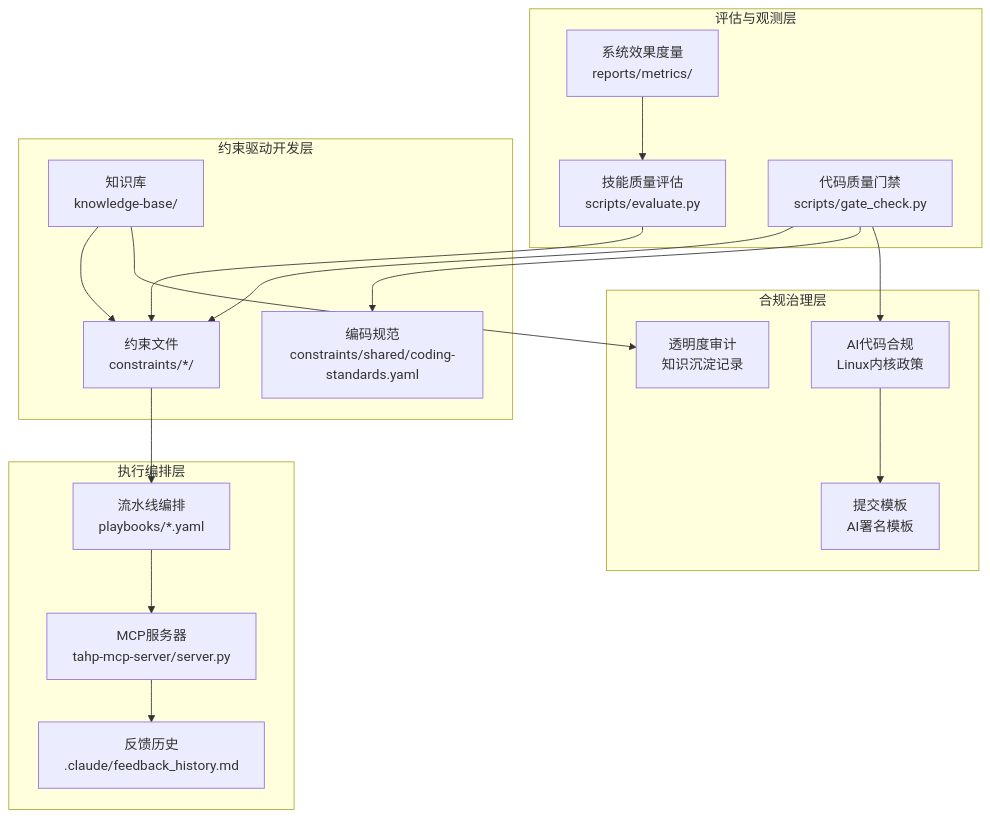
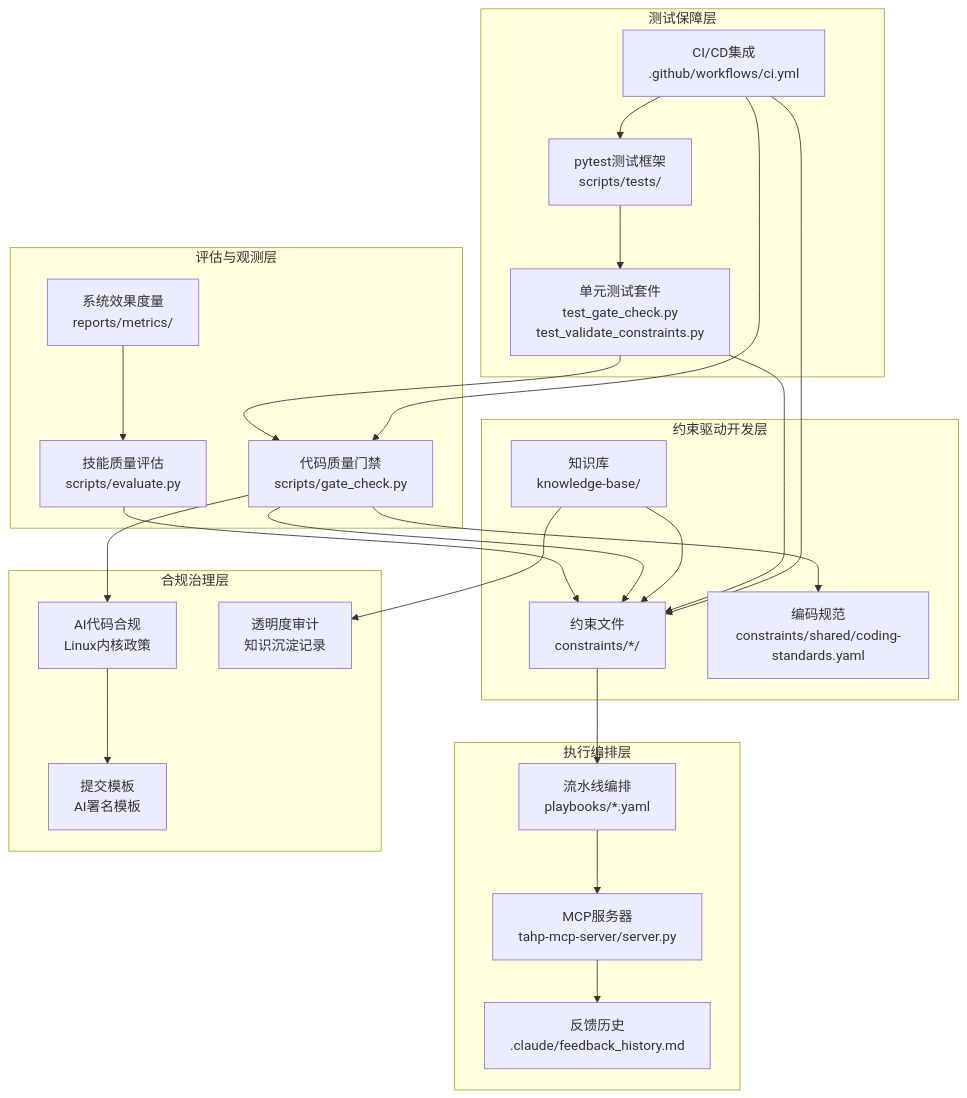
One commit to afcartevil/automated-test-script changed the first of 9 diagrams in .qoder/repowiki/zh/content/质量门禁体系.md. Above: the diagram before and after it, drawn with Mermaid. The commit also changed other lines of this file and 12 other files, not shown here.

````diff
--- a/.qoder/repowiki/zh/content/质量门禁体系.md
+++ b/.qoder/repowiki/zh/content/质量门禁体系.md
@@ -55,34 +64,45 @@
 ```mermaid
 graph TB
 subgraph "评估与观测层"
 Eval["技能质量评估<br/>scripts/evaluate.py"]
 Gate["代码质量门禁<br/>scripts/gate_check.py"]
 Metrics["系统效果度量<br/>reports/metrics/"]
 end
 subgraph "约束驱动开发层"
 Constraints["约束文件<br/>constraints/*/"]
 Standards["编码规范<br/>constraints/shared/coding-standards.yaml"]
 KB["知识库<br/>knowledge-base/"]
 end
 subgraph "执行编排层"
 Pipelines["流水线编排<br/>playbooks/*.yaml"]
 MCP["MCP服务器<br/>tahp-mcp-server/server.py"]
 Feedback["反馈历史<br/>.claude/feedback_history.md"]
 end
 subgraph "合规治理层"
 Compliance["AI代码合规<br/>Linux内核政策"]
 Template["提交模板<br/>AI署名模板"]
 Audit["透明度审计<br/>知识沉淀记录"]
 end
+subgraph "测试保障层"
+Pytest["pytest测试框架<br/>scripts/tests/"]
+UnitTests["单元测试套件<br/>test_gate_check.py<br/>test_validate_constraints.py"]
+CI["CI/CD集成<br/>.github/workflows/ci.yml"]
+end
 Eval --> Constraints
 Gate --> Constraints
 Gate --> Standards
 Gate --> Compliance
 Metrics --> Eval
 Constraints --> Pipelines
 Pipelines --> MCP
 MCP --> Feedback
 KB --> Constraints
 KB --> Audit
 Compliance --> Template
+Pytest --> UnitTests
+UnitTests --> Gate
+UnitTests --> Constraints
+CI --> Pytest
+CI --> Gate
+CI --> Constraints
 ```
````
